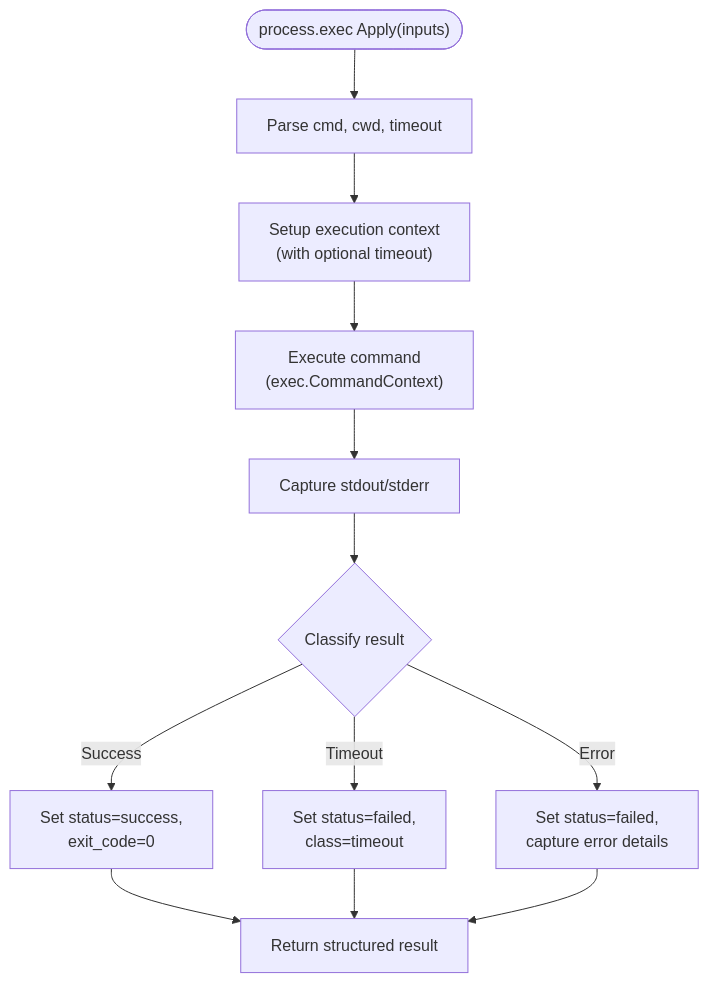
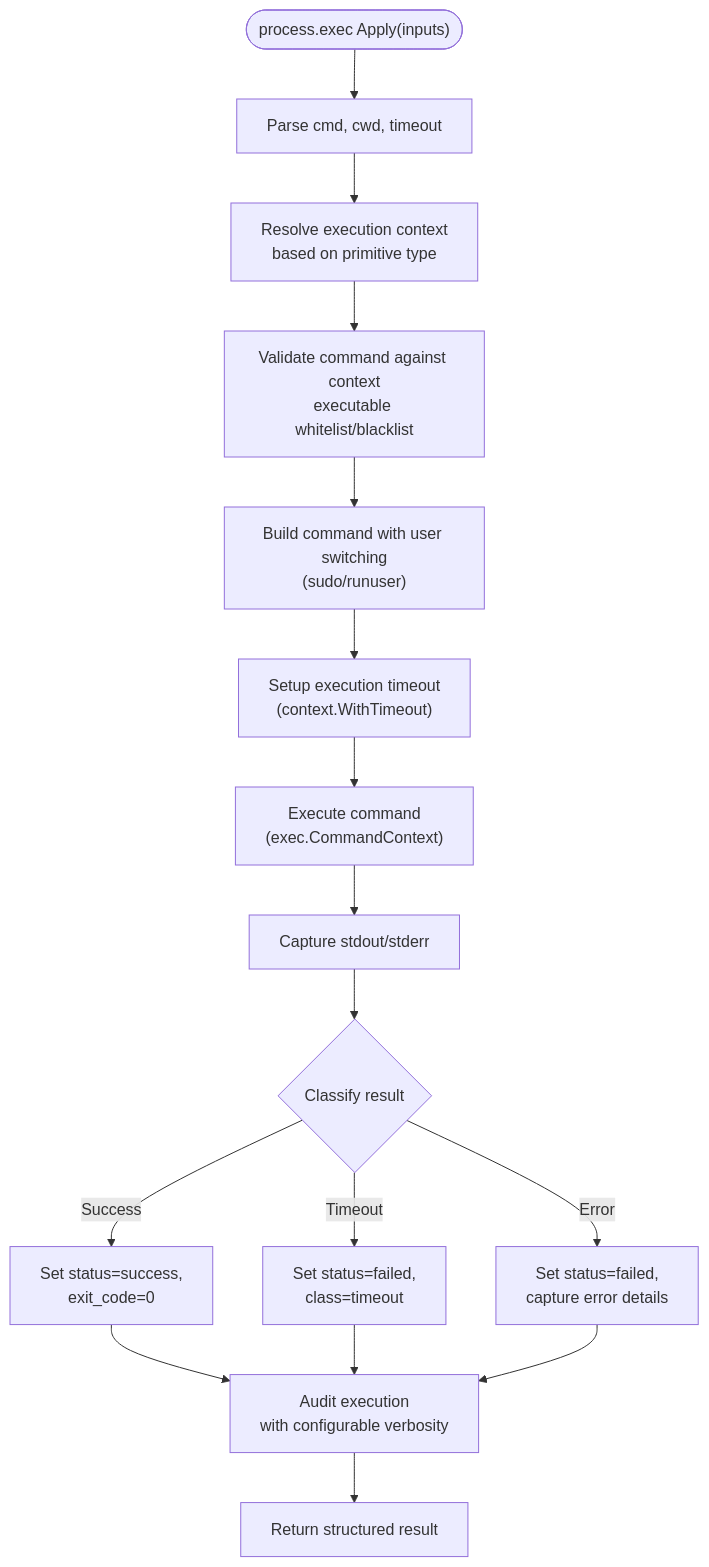
Before and after one commit to ahmednour1430464/dotdevops: the eighth of 8 diagrams in .qoder/repowiki/en/content/CLI Commands Reference/Agent Command.md, drawn with Mermaid. The commit also changed other lines of this file and 12 other files, not shown here.

````diff
--- a/.qoder/repowiki/en/content/CLI Commands Reference/Agent Command.md
+++ b/.qoder/repowiki/en/content/CLI Commands Reference/Agent Command.md
@@ -217,14 +303,18 @@
 ```mermaid
 flowchart TD
 Start(["process.exec Apply(inputs)"]) --> ParseInputs["Parse cmd, cwd, timeout"]
-ParseInputs --> SetupContext["Setup execution context<br/>(with optional timeout)"]
-SetupContext --> ExecuteCmd["Execute command<br/>(exec.CommandContext)"]
+ParseInputs --> ResolveContext["Resolve execution context<br/>based on primitive type"]
+ResolveContext --> ValidateCommand["Validate command against context<br/>executable whitelist/blacklist"]
+ValidateCommand --> BuildCommand["Build command with user switching<br/>(sudo/runuser)"]
+BuildCommand --> SetupTimeout["Setup execution timeout<br/>(context.WithTimeout)"]
+SetupTimeout --> ExecuteCmd["Execute command<br/>(exec.CommandContext)"]
 ExecuteCmd --> CaptureOutput["Capture stdout/stderr"]
 CaptureOutput --> ClassifyResult{"Classify result"}
 ClassifyResult --> |Success| SuccessResult["Set status=success,<br/>exit_code=0"]
 ClassifyResult --> |Timeout| TimeoutResult["Set status=failed,<br/>class=timeout"]
 ClassifyResult --> |Error| ErrorResult["Set status=failed,<br/>capture error details"]
-SuccessResult --> ReturnResult["Return structured result"]
-TimeoutResult --> ReturnResult
-ErrorResult --> ReturnResult
+SuccessResult --> AuditExecution["Audit execution<br/>with configurable verbosity"]
+TimeoutResult --> AuditExecution
+ErrorResult --> AuditExecution
+AuditExecution --> ReturnResult["Return structured result"]
 ```
````
